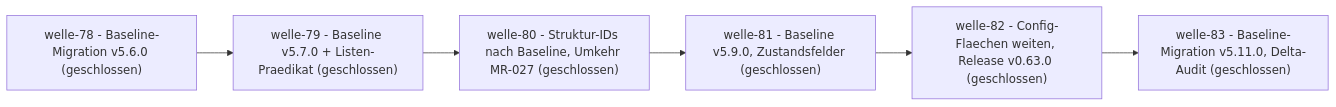
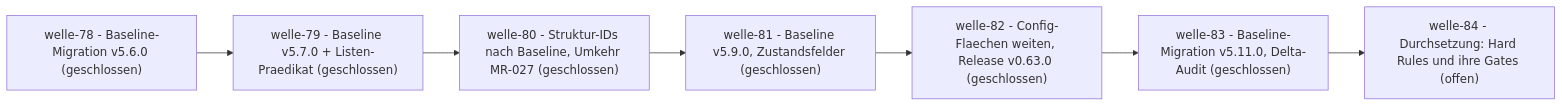
Before and after one commit to pt9912/d-check: the diagram in docs/plan/planning/in-progress/roadmap.md, drawn with Mermaid. The commit also changed other lines of this file and 3 other files, not shown here.

````diff
--- a/docs/plan/planning/in-progress/roadmap.md
+++ b/docs/plan/planning/in-progress/roadmap.md
@@ -76,14 +78,16 @@
 ```mermaid
 flowchart LR
     W78["welle-78 - Baseline-Migration v5.6.0 (geschlossen)"]
     W79["welle-79 - Baseline v5.7.0 + Listen-Praedikat (geschlossen)"]
     W78 --> W79
     W80["welle-80 - Struktur-IDs nach Baseline, Umkehr MR-027 (geschlossen)"]
     W79 --> W80
     W81["welle-81 - Baseline v5.9.0, Zustandsfelder (geschlossen)"]
     W82["welle-82 - Config-Flaechen weiten, Release v0.63.0 (geschlossen)"]
     W81 --> W82
     W83["welle-83 - Baseline-Migration v5.11.0, Delta-Audit (geschlossen)"]
+    W84["welle-84 - Durchsetzung: Hard Rules und ihre Gates (offen)"]
+    W83 --> W84
     W82 --> W83
     W80 --> W81
 ```
````
